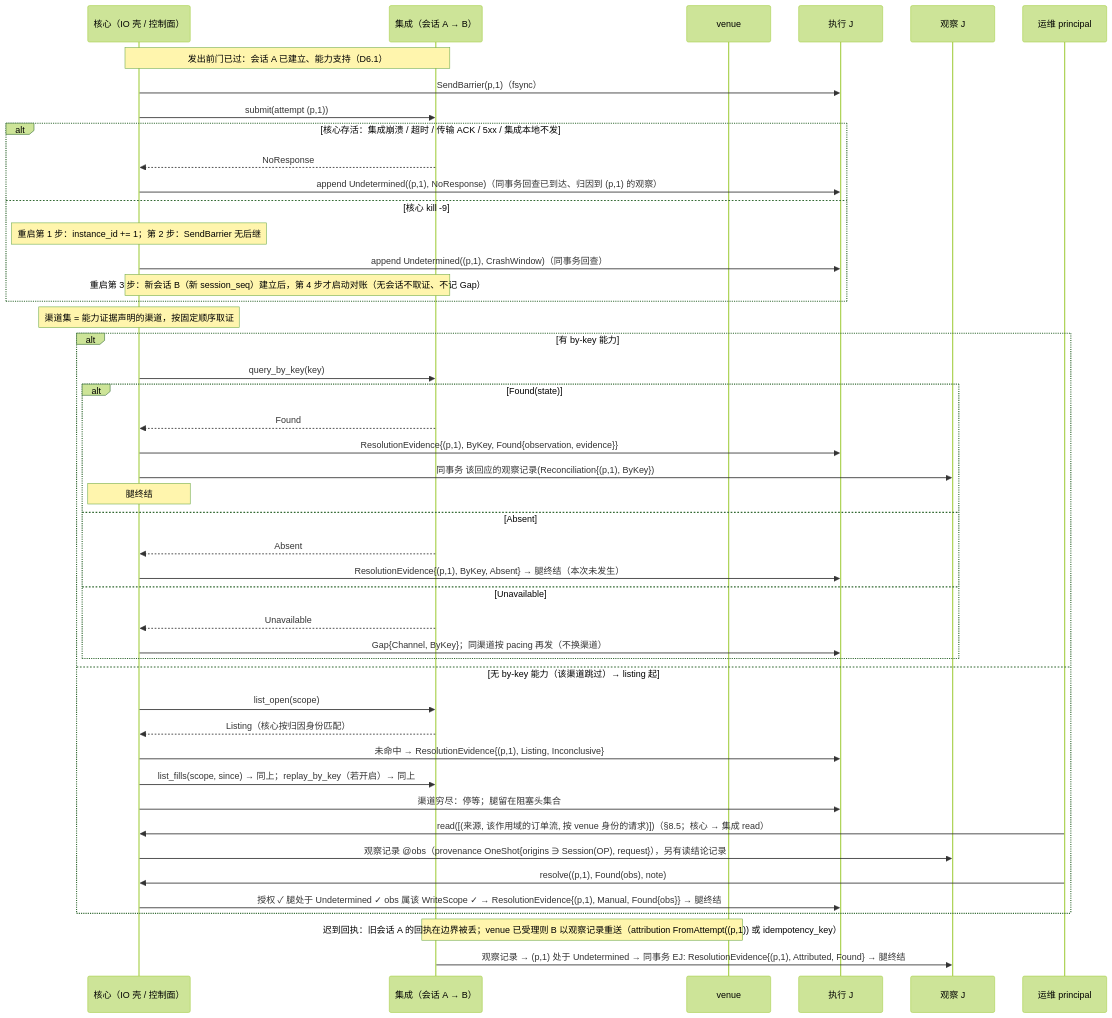
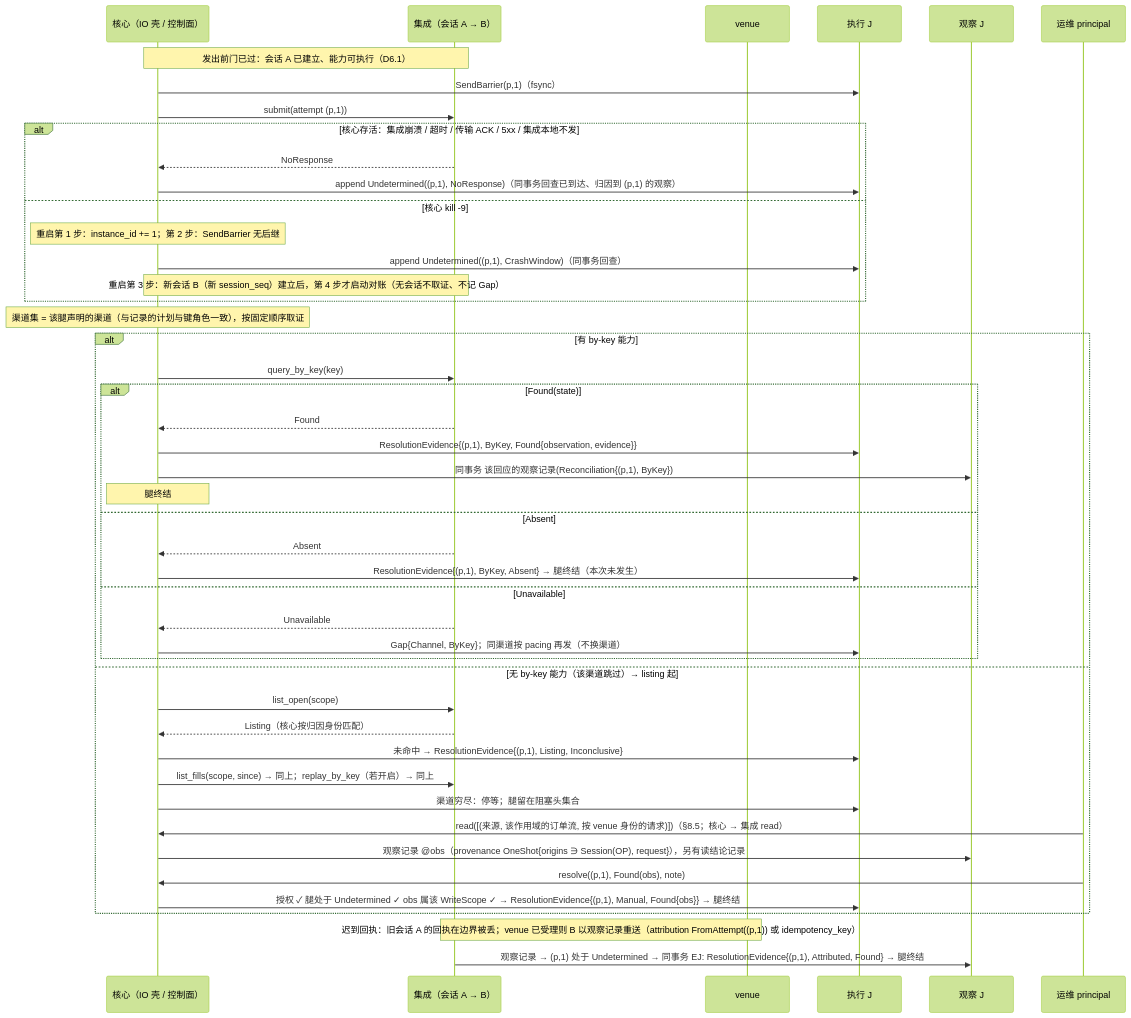
The sixth of 7 diagrams in design/diagrams/06-io-shell-attempt.md (mouriya-s-lab/uta), drawn with Mermaid (forest theme) before and after one commit. The commit also changed other lines of this file and 14 other files, not shown here.

Commit message:
design: write/lifecycle gaps — declared leg plans for Replace with per-leg keys and channels, target-kind capability for cancel/replace/close, TargetTerminal record, Halted and counters retained, session-state ownership in uses graph

````diff
--- a/design/diagrams/06-io-shell-attempt.md
+++ b/design/diagrams/06-io-shell-attempt.md
@@ -204,48 +205,48 @@
 ```mermaid
 sequenceDiagram
   participant IO as 核心（IO 壳 / 控制面）
   participant I as 集成（会话 A → B）
   participant V as venue
   participant EJ as 执行 J
   participant OJ as 观察 J
   participant OP as 运维 principal
-  Note over IO,I: 发出前门已过：会话 A 已建立、能力支持（D6.1）
+  Note over IO,I: 发出前门已过：会话 A 已建立、能力可执行（D6.1）
   IO->>EJ: SendBarrier(p,1)（fsync）
   IO->>I: submit(attempt (p,1))
   alt 核心存活：集成崩溃 / 超时 / 传输 ACK / 5xx / 集成本地不发
     I-->>IO: NoResponse
     IO->>EJ: append Undetermined((p,1), NoResponse)（同事务回查已到达、归因到 (p,1) 的观察）
   else 核心 kill -9
     Note over IO: 重启第 1 步：instance_id += 1；第 2 步：SendBarrier 无后继
     IO->>EJ: append Undetermined((p,1), CrashWindow)（同事务回查）
     Note over IO,I: 重启第 3 步：新会话 B（新 session_seq）建立后，第 4 步才启动对账（无会话不取证、不记 Gap）
   end
-  Note over IO: 渠道集 = 能力证据声明的渠道，按固定顺序取证
+  Note over IO: 渠道集 = 该腿声明的渠道（与记录的计划与键角色一致），按固定顺序取证
   alt 有 by-key 能力
     IO->>I: query_by_key(key)
     alt Found(state)
       I-->>IO: Found
       IO->>EJ: ResolutionEvidence{(p,1), ByKey, Found{observation, evidence}}
       IO->>OJ: 同事务 该回应的观察记录(Reconciliation{(p,1), ByKey})
       Note over IO: 腿终结
     else Absent
       I-->>IO: Absent
       IO->>EJ: ResolutionEvidence{(p,1), ByKey, Absent} → 腿终结（本次未发生）
     else Unavailable
       I-->>IO: Unavailable
       IO->>EJ: Gap{Channel, ByKey}；同渠道按 pacing 再发（不换渠道）
     end
   else 无 by-key 能力（该渠道跳过）→ listing 起
     IO->>I: list_open(scope)
     I-->>IO: Listing（核心按归因身份匹配）
     IO->>EJ: 未命中 → ResolutionEvidence{(p,1), Listing, Inconclusive}
     IO->>I: list_fills(scope, since) → 同上；replay_by_key（若开启）→ 同上
     IO->>EJ: 渠道穷尽：停等；腿留在阻塞头集合
     OP->>IO: read([(来源, 该作用域的订单流, 按 venue 身份的请求)])（§8.5；核心 → 集成 read）
     IO->>OJ: 观察记录 @obs（provenance OneShot{origins ∋ Session(OP), request}），另有读结论记录
     OP->>IO: resolve((p,1), Found(obs), note)
     IO->>EJ: 授权 ✓ 腿处于 Undetermined ✓ obs 属该 WriteScope ✓ → ResolutionEvidence{(p,1), Manual, Found{obs}} → 腿终结
   end
   Note over I,V: 迟到回执：旧会话 A 的回执在边界被丢；venue 已受理则 B 以观察记录重送（attribution FromAttempt((p,1)) 或 idempotency_key）
   I->>OJ: 观察记录 → (p,1) 处于 Undetermined → 同事务 EJ: ResolutionEvidence{(p,1), Attributed, Found} → 腿终结
 ```
````
